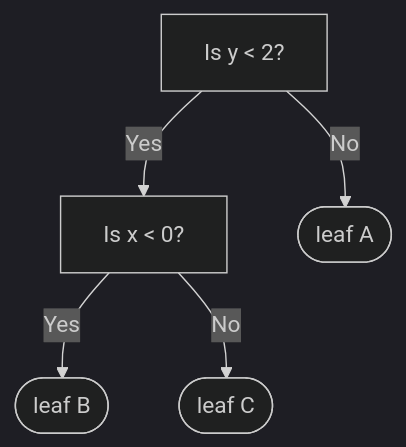
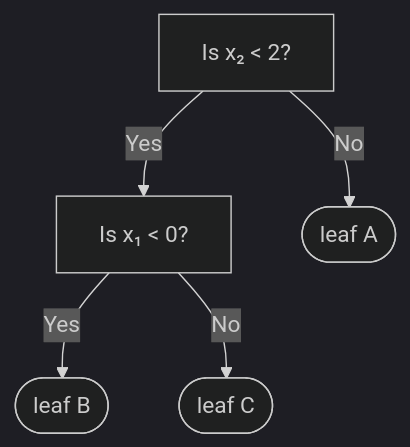
The third of 4 diagrams in classification.qmd (UD-Math-Data-Science-1/book), drawn with Mermaid (dark theme) before and after one commit. The commit also changed other lines of this file, not shown here.

````diff
--- a/classification.qmd
+++ b/classification.qmd
@@ -652,14 +652,14 @@
 ```{mermaid} 
 %%| label: fig-class-tree
 %%| fig-cap: "A simple binary decision tree on two features."
 flowchart TD
-    root[Is y < 2?]
-    l[Is x < 0?]
+    root["Is x₂ < 2?"]
+    l["Is x₁ < 0?"]
     root-- Yes -->l
     r([leaf A])
     root-->|No|r
     ll([leaf B])
     l-->|Yes|ll
     lr([leaf C])
     l-->|No|lr
 ```
````
